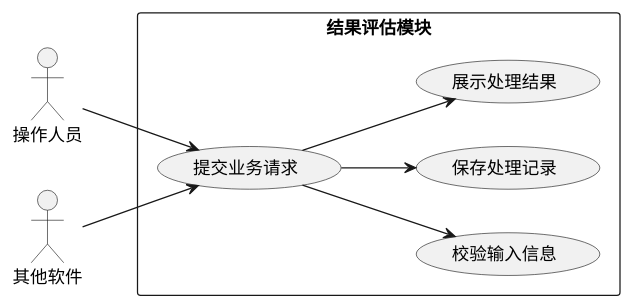
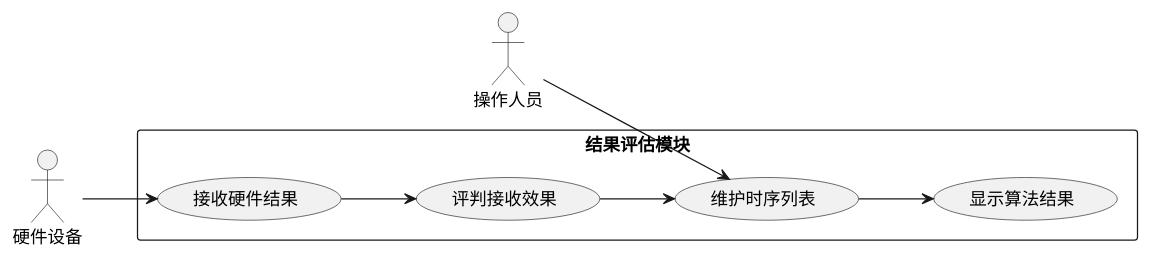
The second of 2 diagrams in 系统建设方案提示词/03-功能模块详细设计/03.4-结果评估模块.md (cppshooter/cursor), drawn with PlantUML before and after one commit. The commit also changed other lines of this file and 4 other files, not shown here.

````diff
--- a/系统建设方案提示词/03-功能模块详细设计/03.4-结果评估模块.md
+++ b/系统建设方案提示词/03-功能模块详细设计/03.4-结果评估模块.md
@@ -105,18 +105,18 @@
 ```plantuml
 @startuml
 left to right direction
 actor 操作人员
-actor "其他软件" as External
+actor "硬件设备" as Device
 rectangle "结果评估模块" {
-  usecase "提交业务请求" as UC1
-  usecase "校验输入信息" as UC2
-  usecase "保存处理记录" as UC3
-  usecase "展示处理结果" as UC4
+  usecase "接收硬件结果" as UC1
+  usecase "评判接收效果" as UC2
+  usecase "维护时序列表" as UC3
+  usecase "显示算法结果" as UC4
 }
-操作人员 --> UC1
-External --> UC1
+Device --> UC1
+操作人员 --> UC3
 UC1 --> UC2
-UC1 --> UC3
-UC1 --> UC4
+UC2 --> UC3
+UC3 --> UC4
 @enduml
 ```
````
